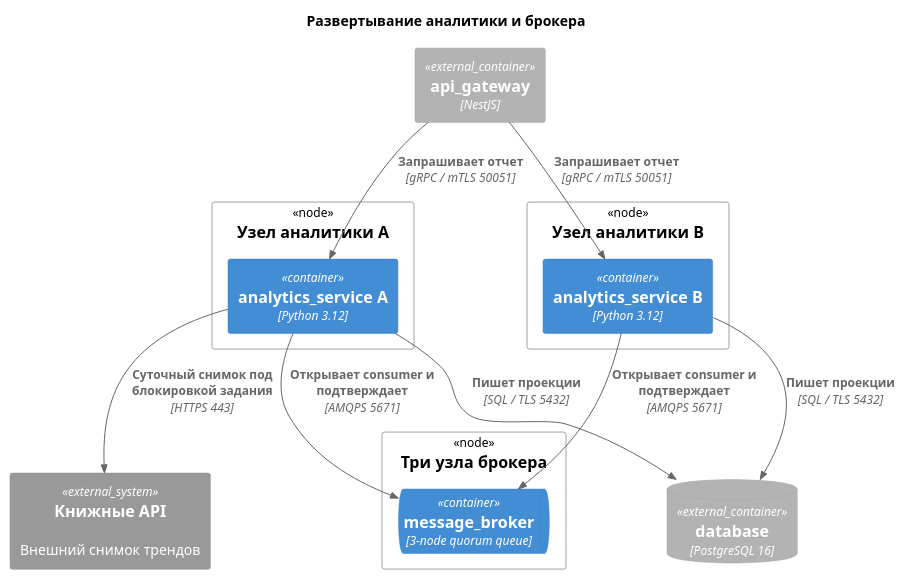
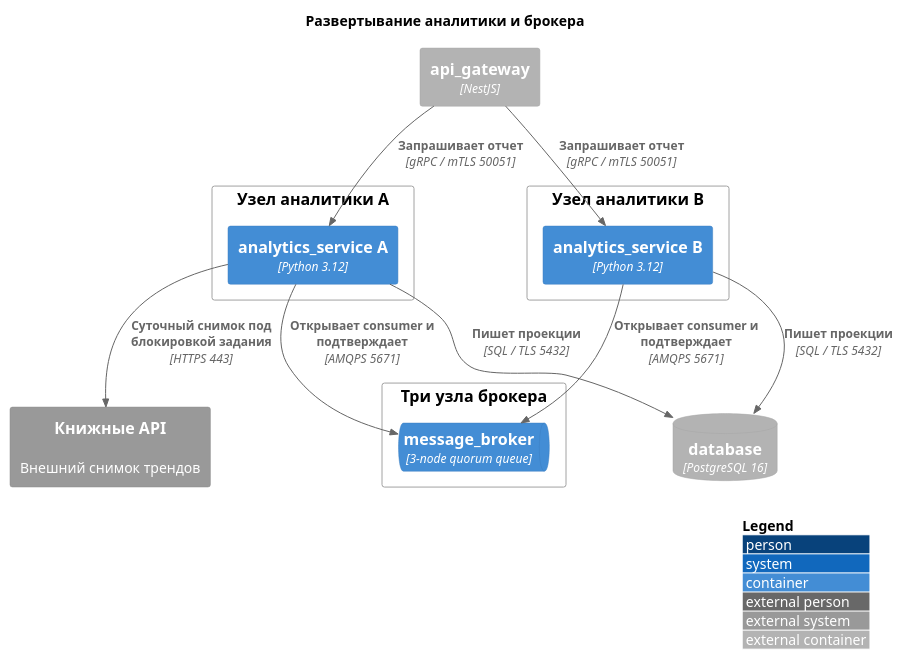
One commit to foxsotiras/library changed the diagram in docs/src/deployment/mironov-deployment.puml. Above: the diagram before and after it, drawn with PlantUML. The commit also changed 38 other files, not shown here.

Commit message:
style: изменил отступы и оформление диаграмм

```diff
--- a/docs/src/deployment/mironov-deployment.puml
+++ b/docs/src/deployment/mironov-deployment.puml
@@ -1,26 +1,27 @@
 @startuml mironov-deployment
 !include <C4/C4_Deployment>
+LAYOUT_WITH_LEGEND()
 
 title Развертывание аналитики и брокера
 
 Deployment_Node(analytics_a, "Узел аналитики A") {
   Container(analytics_service_a, "analytics_service A", "Python 3.12")
 }
 Deployment_Node(analytics_b, "Узел аналитики B") {
   Container(analytics_service_b, "analytics_service B", "Python 3.12")
 }
 Deployment_Node(broker_cluster, "Три узла брокера") {
   ContainerQueue(message_broker, "message_broker", "3-node quorum queue")
 }
 ContainerDb_Ext(database, "database", "PostgreSQL 16")
 Container_Ext(api_gateway, "api_gateway", "NestJS")
 System_Ext(trends_api, "Книжные API", "Внешний снимок трендов")
 Rel(analytics_service_a, message_broker, "Открывает consumer и подтверждает", "AMQPS 5671")
 Rel(analytics_service_b, message_broker, "Открывает consumer и подтверждает", "AMQPS 5671")
 Rel(analytics_service_a, database, "Пишет проекции", "SQL / TLS 5432")
 Rel(analytics_service_b, database, "Пишет проекции", "SQL / TLS 5432")
 Rel(api_gateway, analytics_service_a, "Запрашивает отчет", "gRPC / mTLS 50051")
 Rel(api_gateway, analytics_service_b, "Запрашивает отчет", "gRPC / mTLS 50051")
 Rel(analytics_service_a, trends_api, "Суточный снимок под блокировкой задания", "HTTPS 443")
 
 @enduml
```
